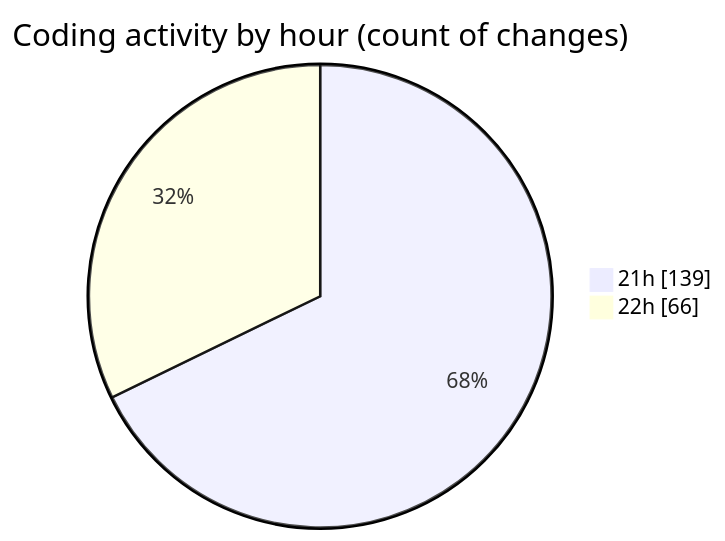
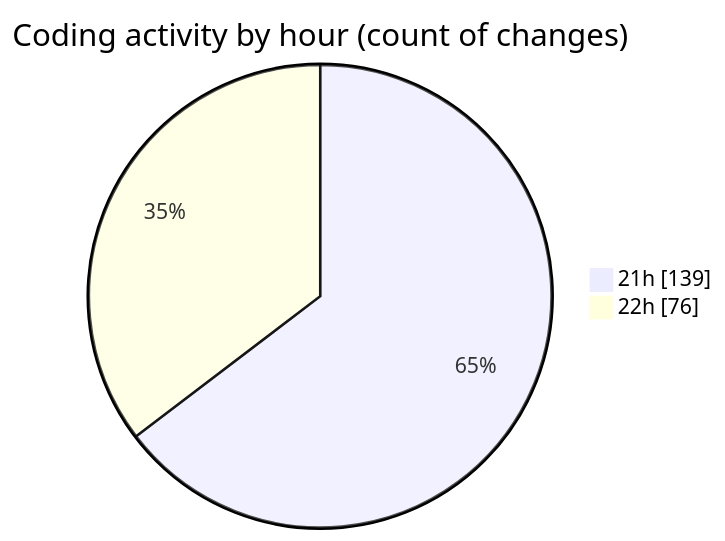
The second of 2 diagrams in 2025-08-03/javascript/README.md (Ritupan-Deka/code-tracking), drawn with Mermaid before and after one commit. The commit also changed other lines of this file and 1 other file, not shown here.

````diff
--- a/2025-08-03/javascript/README.md
+++ b/2025-08-03/javascript/README.md
@@ -31,6 +31,6 @@
 ```mermaid
 pie showData
 title Coding activity by hour (count of changes)
 "21h" : 139
-"22h" : 66
+"22h" : 76
 ```
````
